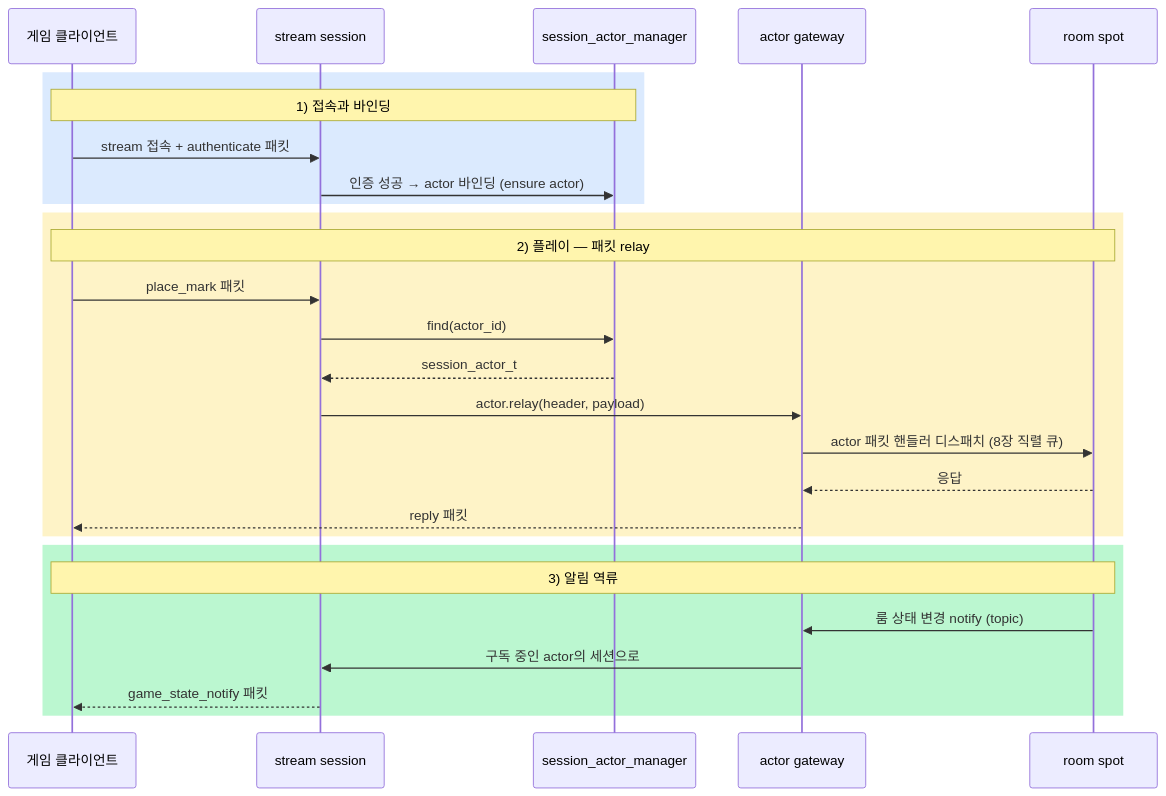
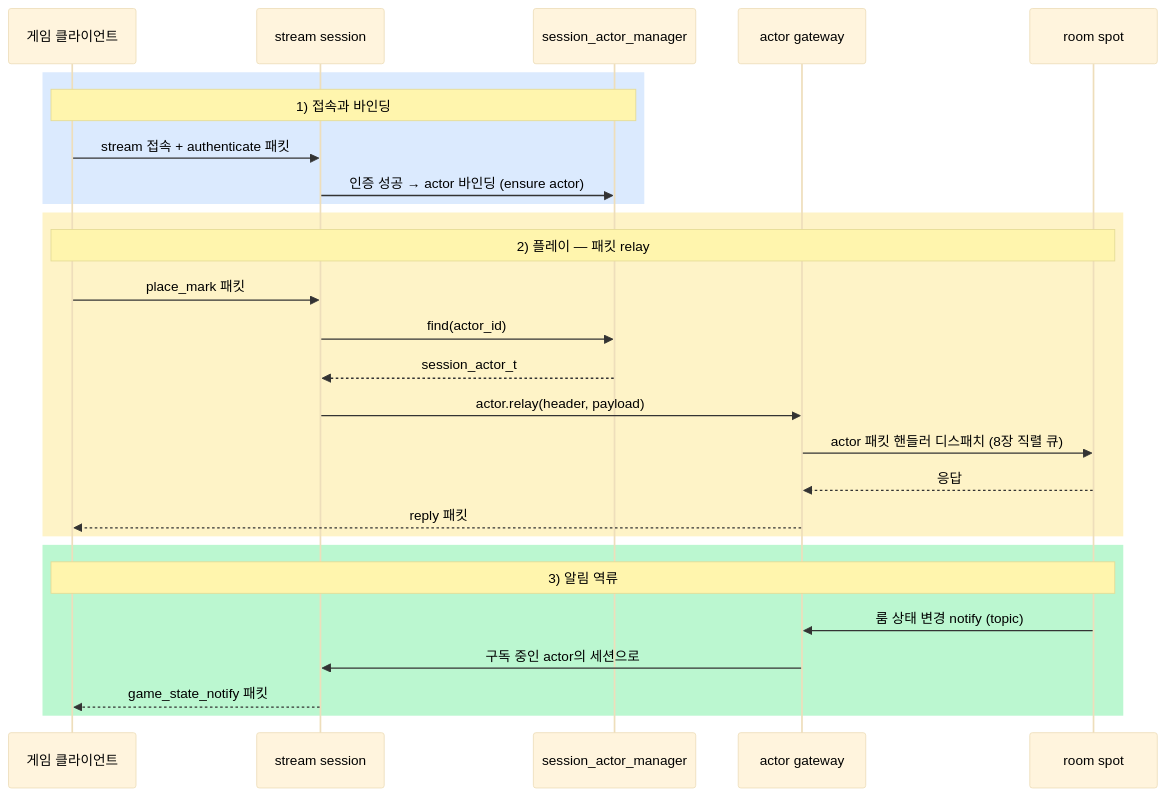
Before and after one commit to kairos-code-dev/zlink: the diagram in framework/languages/cpp/doc/guide/09-actor-session.ko.md, drawn with Mermaid.

Commit message:
docs(cpp): force black text in actor-session sequence diagram
add %%{init}%% theme override to pin signalTextColor, actorTextColor,
noteTextColor to #000000 — fixes light-gray text on colored rect sections

````diff
--- a/framework/languages/cpp/doc/guide/09-actor-session.ko.md
+++ b/framework/languages/cpp/doc/guide/09-actor-session.ko.md
@@ -12,32 +12,33 @@
 ```mermaid
+%%{init: {'theme': 'base', 'themeVariables': {'signalTextColor': '#000000', 'actorTextColor': '#000000', 'noteTextColor': '#000000', 'activationBorderColor': '#555555'}}}%%
 sequenceDiagram
     participant C as 게임 클라이언트
     participant SS as stream session
     participant AM as session_actor_manager
     participant GW as actor gateway
     participant SP as room spot
 
     rect rgb(219, 234, 254)
     Note over C,AM: 1) 접속과 바인딩
     C->>SS: stream 접속 + authenticate 패킷
     SS->>AM: 인증 성공 → actor 바인딩 (ensure actor)
     end
 
     rect rgb(254, 243, 199)
     Note over C,SP: 2) 플레이 — 패킷 relay
     C->>SS: place_mark 패킷
     SS->>AM: find(actor_id)
     AM-->>SS: session_actor_t
     SS->>GW: actor.relay(header, payload)
     GW->>SP: actor 패킷 핸들러 디스패치 (8장 직렬 큐)
     SP-->>GW: 응답
     GW-->>C: reply 패킷
     end
 
     rect rgb(187, 247, 208)
     Note over SP,C: 3) 알림 역류
     SP->>GW: 룸 상태 변경 notify (topic)
     GW->>SS: 구독 중인 actor의 세션으로
     SS-->>C: game_state_notify 패킷
     end
 ```
````
